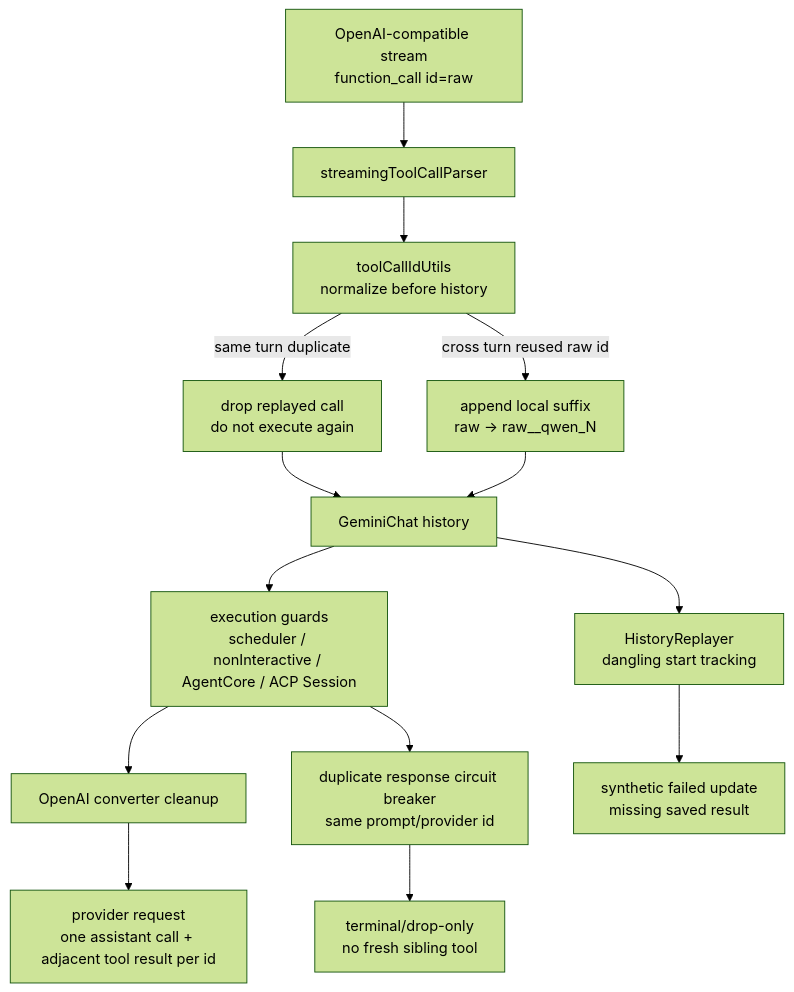
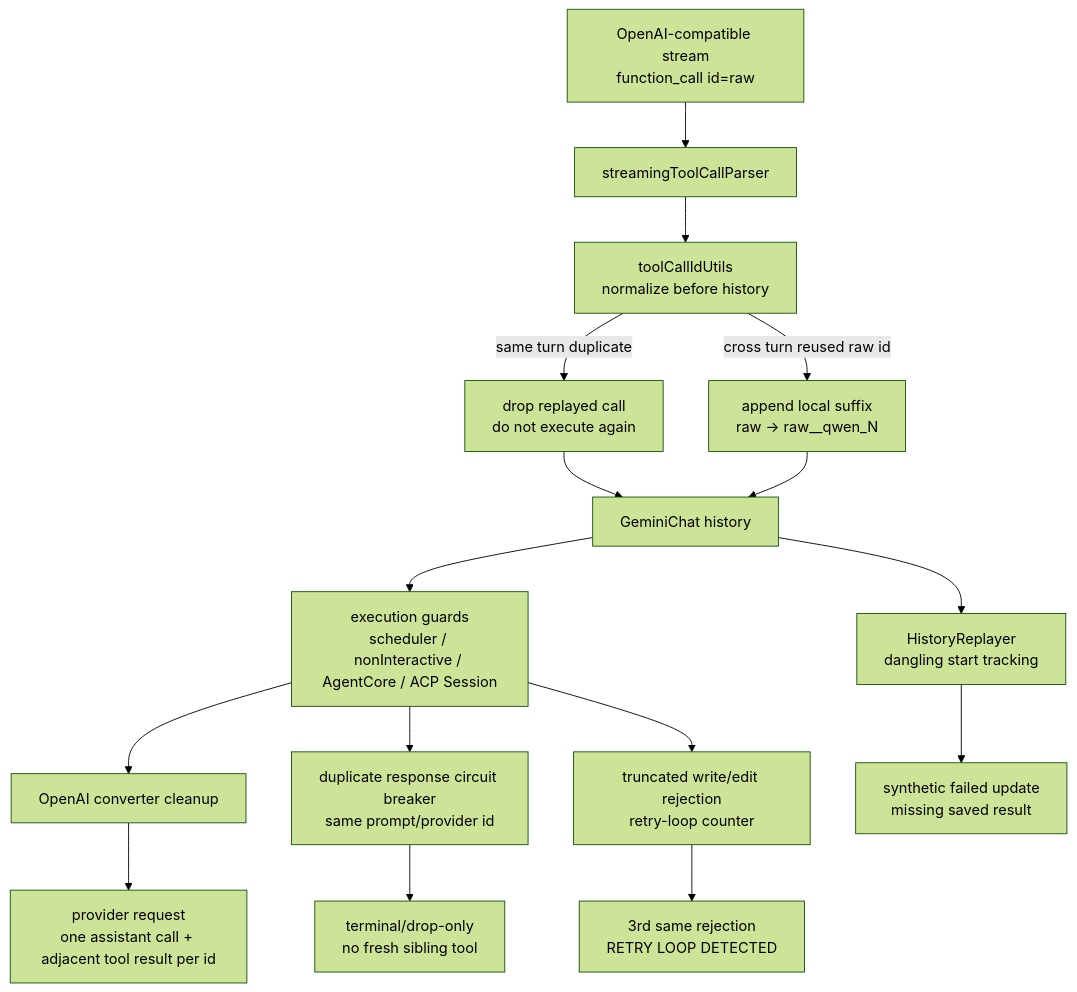
The diagram in qwen-code/feature/tool-call-id-integrity.md (doudouOUC/code_agent), drawn with Mermaid (forest theme) before and after one commit. The commit also changed other lines of this file and 13 other files, not shown here.

````diff
--- a/qwen-code/feature/tool-call-id-integrity.md
+++ b/qwen-code/feature/tool-call-id-integrity.md
@@ -25,16 +27,18 @@
 ```mermaid
 flowchart TD
     MODEL["OpenAI-compatible stream<br/>function_call id=raw"] --> PARSER["streamingToolCallParser"]
     PARSER --> NORM["toolCallIdUtils<br/>normalize before history"]
     NORM -->|"same turn duplicate"| DROP["drop replayed call<br/>do not execute again"]
     NORM -->|"cross turn reused raw id"| SUFFIX["append local suffix<br/>raw -> raw__qwen_N"]
     SUFFIX --> HIST["GeminiChat history"]
     DROP --> HIST
     HIST --> GUARD["execution guards<br/>scheduler / nonInteractive / AgentCore / ACP Session"]
     GUARD --> CONV["OpenAI converter cleanup"]
     CONV --> REQ["provider request<br/>one assistant call + adjacent tool result per id"]
     HIST --> REPLAY["HistoryReplayer<br/>dangling start tracking"]
     REPLAY --> FAIL["synthetic failed update<br/>missing saved result"]
     GUARD --> CB["duplicate response circuit breaker<br/>same prompt/provider id"]
     CB --> TERM["terminal/drop-only<br/>no fresh sibling tool"]
+    GUARD --> TRUNC["truncated write/edit rejection<br/>retry-loop counter"]
+    TRUNC --> STOP["3rd same rejection<br/>RETRY LOOP DETECTED"]
 ```
````
